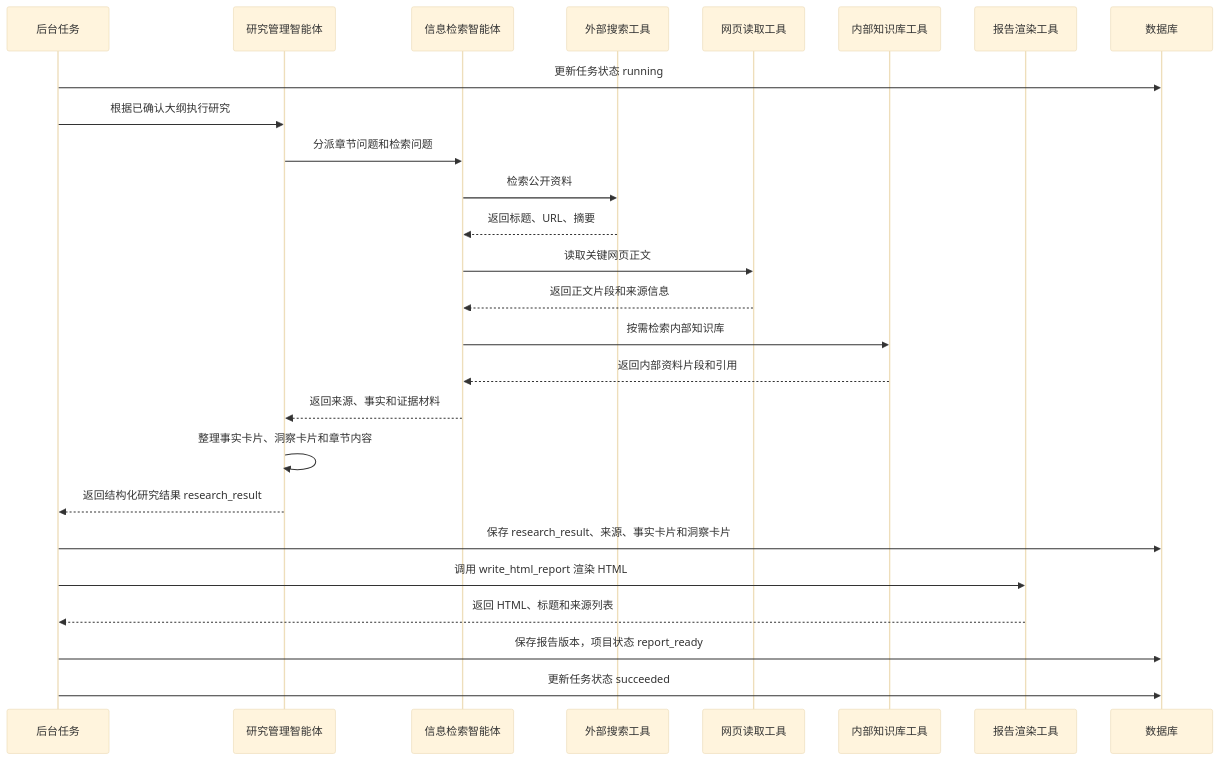
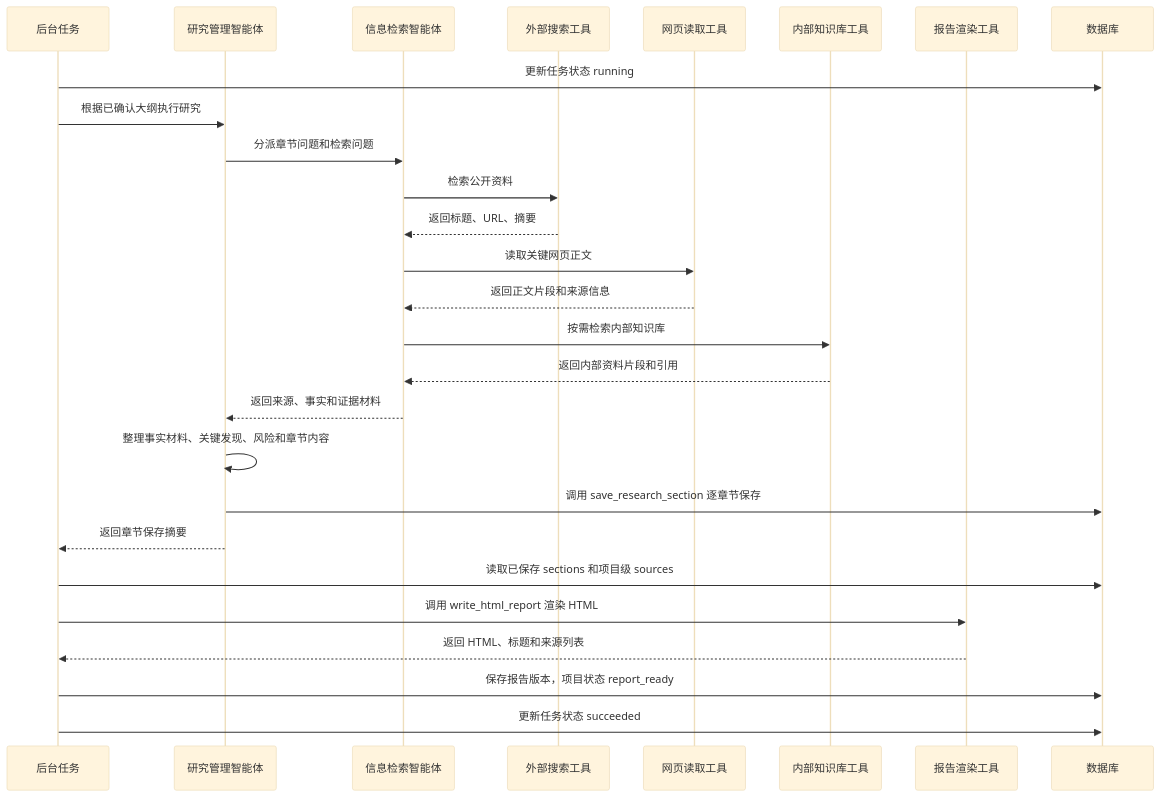
The fifth of 8 diagrams in 最终课件/01_项目概述与架构设计.md (JxKim/DeepResearch), drawn with Mermaid before and after one commit. The commit also changed other lines of this file and 28 other files, not shown here.

````diff
--- a/最终课件/01_项目概述与架构设计.md
+++ b/最终课件/01_项目概述与架构设计.md
@@ -267,32 +215,33 @@
 ```mermaid
 %%{init: {'theme': 'base', 'themeVariables': { 'fontSize': '16px'}}}%%
 sequenceDiagram
 
     participant 后台任务
     participant 研究管理智能体
     participant 信息检索智能体
     participant 外部搜索工具
     participant 网页读取工具
     participant 内部知识库工具
     participant 报告渲染工具
     participant 数据库
 
     后台任务->>数据库: 更新任务状态 running
     后台任务->>研究管理智能体: 根据已确认大纲执行研究
     研究管理智能体->>信息检索智能体: 分派章节问题和检索问题
     信息检索智能体->>外部搜索工具: 检索公开资料
     外部搜索工具-->>信息检索智能体: 返回标题、URL、摘要
     信息检索智能体->>网页读取工具: 读取关键网页正文
     网页读取工具-->>信息检索智能体: 返回正文片段和来源信息
     信息检索智能体->>内部知识库工具: 按需检索内部知识库
     内部知识库工具-->>信息检索智能体: 返回内部资料片段和引用
     信息检索智能体-->>研究管理智能体: 返回来源、事实和证据材料
-    研究管理智能体->>研究管理智能体: 整理事实卡片、洞察卡片和章节内容
-    研究管理智能体-->>后台任务: 返回结构化研究结果 research_result
+    研究管理智能体->>研究管理智能体: 整理事实材料、关键发现、风险和章节内容
+    研究管理智能体->>数据库: 调用 save_research_section 逐章节保存
+    研究管理智能体-->>后台任务: 返回章节保存摘要
 
-    后台任务->>数据库: 保存 research_result、来源、事实卡片和洞察卡片
+    后台任务->>数据库: 读取已保存 sections 和项目级 sources
     后台任务->>报告渲染工具: 调用 write_html_report 渲染 HTML
     报告渲染工具-->>后台任务: 返回 HTML、标题和来源列表
     后台任务->>数据库: 保存报告版本，项目状态 report_ready
     后台任务->>数据库: 更新任务状态 succeeded
 ```
````
